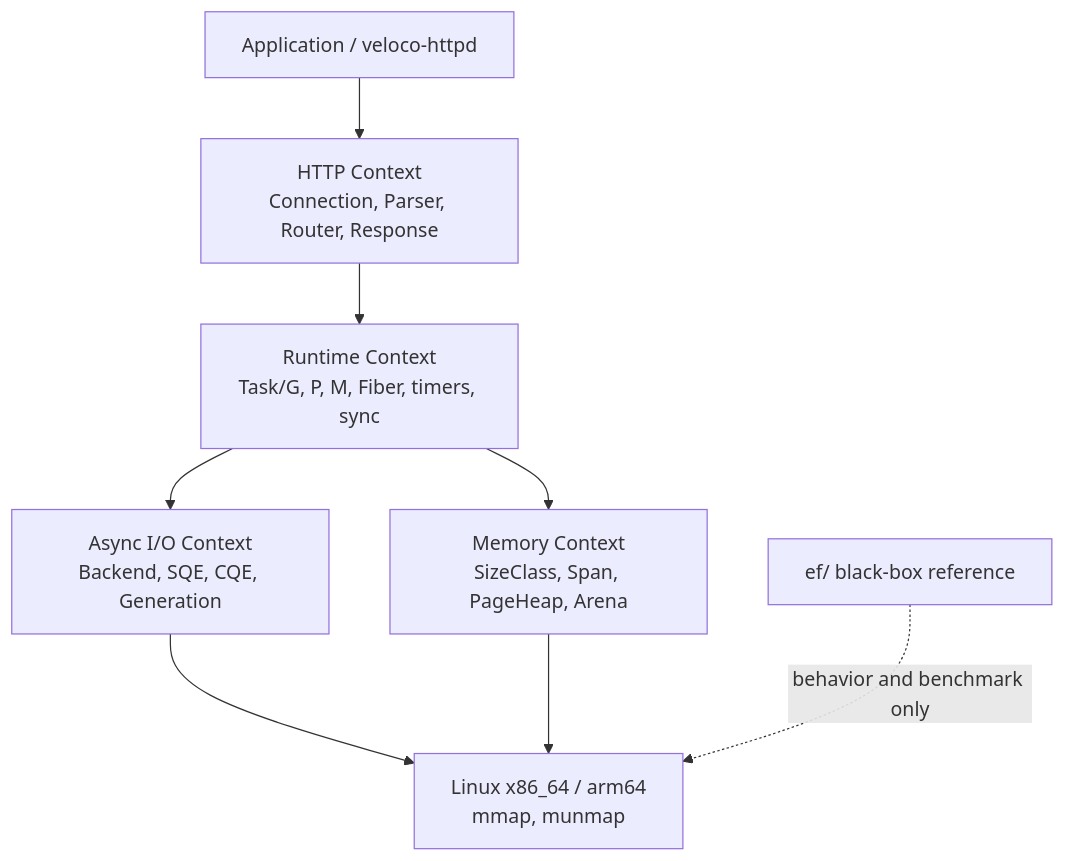
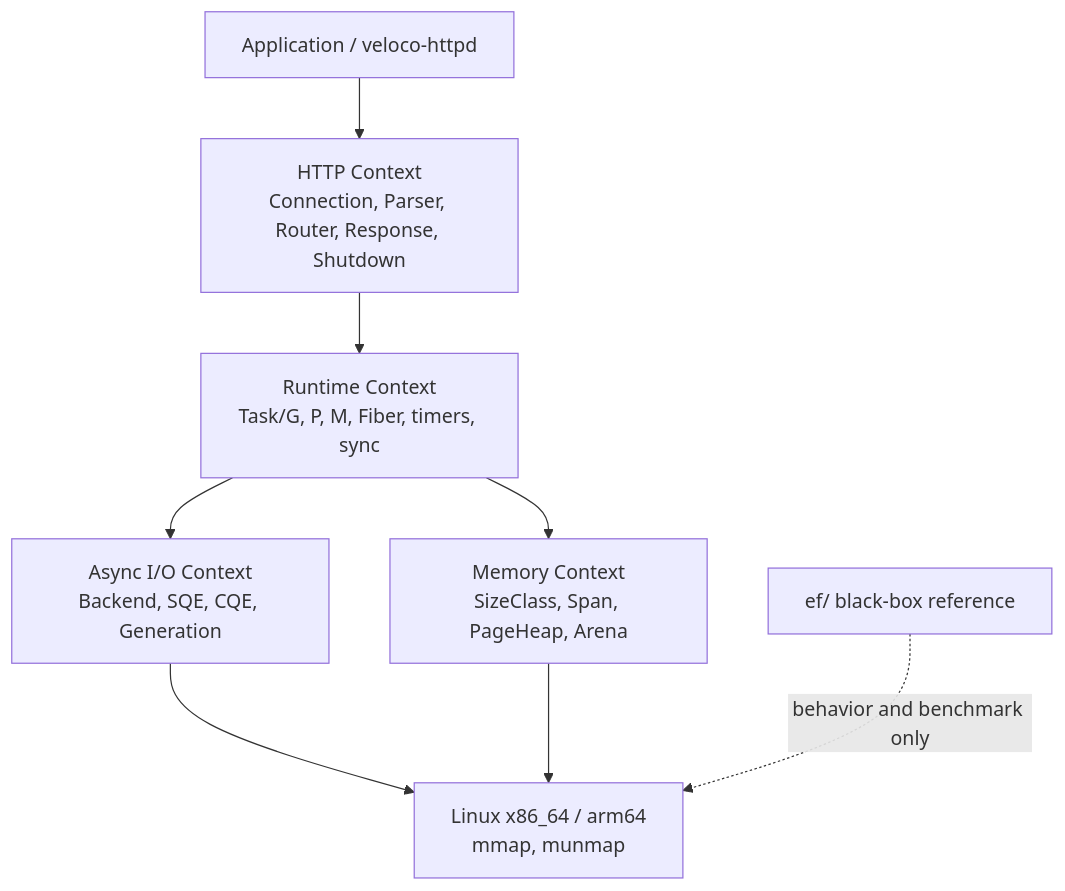
Before and after one commit to nobody0726/veloco: the diagram in docs/diagrams/system-context.md, drawn with Mermaid. The commit also changed other lines of this file and 15 other files, not shown here.

````diff
--- a/docs/diagrams/system-context.md
+++ b/docs/diagrams/system-context.md
@@ -8,10 +8,10 @@
 ```mermaid
 flowchart TD
-    App["Application / veloco-httpd"] --> HTTP["HTTP Context<br/>Connection, Parser, Router, Response"]
+    App["Application / veloco-httpd"] --> HTTP["HTTP Context<br/>Connection, Parser, Router, Response, Shutdown"]
     HTTP --> RT["Runtime Context<br/>Task/G, P, M, Fiber, timers, sync"]
     RT --> AIO["Async I/O Context<br/>Backend, SQE, CQE, Generation"]
     RT --> MEM["Memory Context<br/>SizeClass, Span, PageHeap, Arena"]
     AIO --> LINUX["Linux x86_64 / arm64<br/>io_uring, epoll, eventfd"]
     MEM --> LINUX["Linux x86_64 / arm64<br/>mmap, munmap"]
     EF["ef/ black-box reference"] -. "behavior and benchmark only" .-> LINUX
 ```
````
